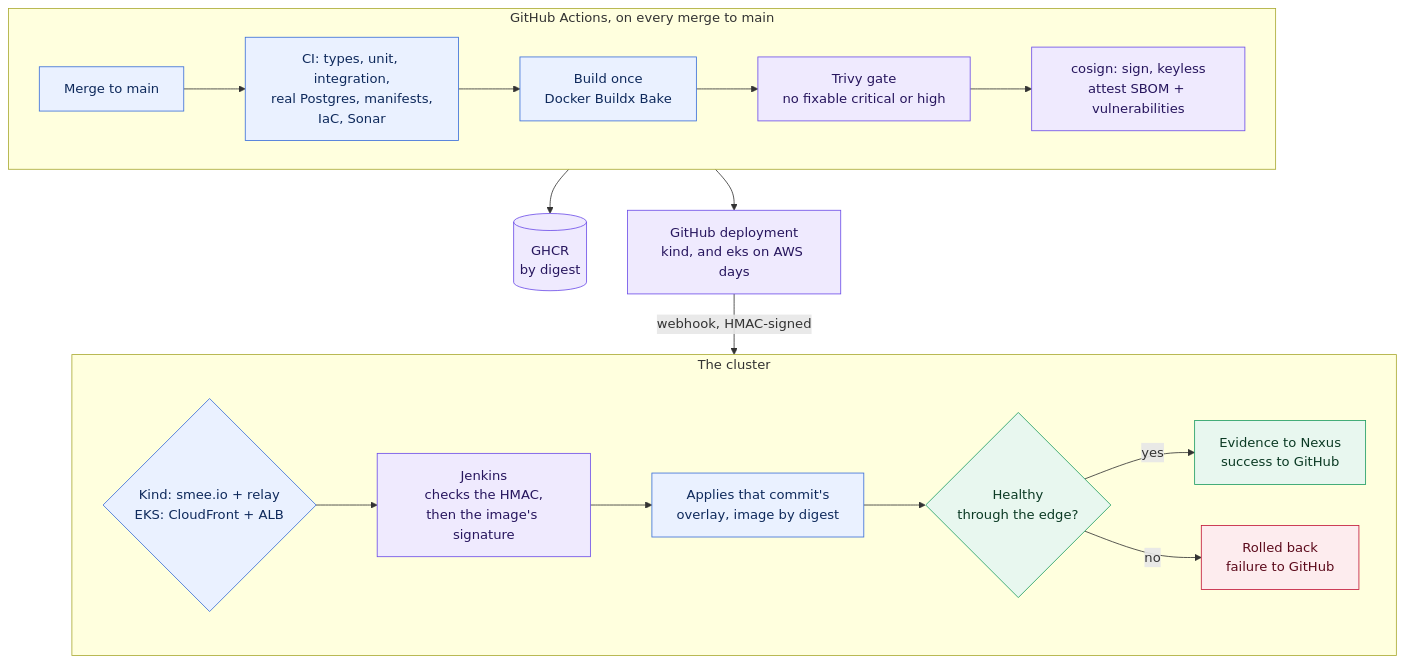
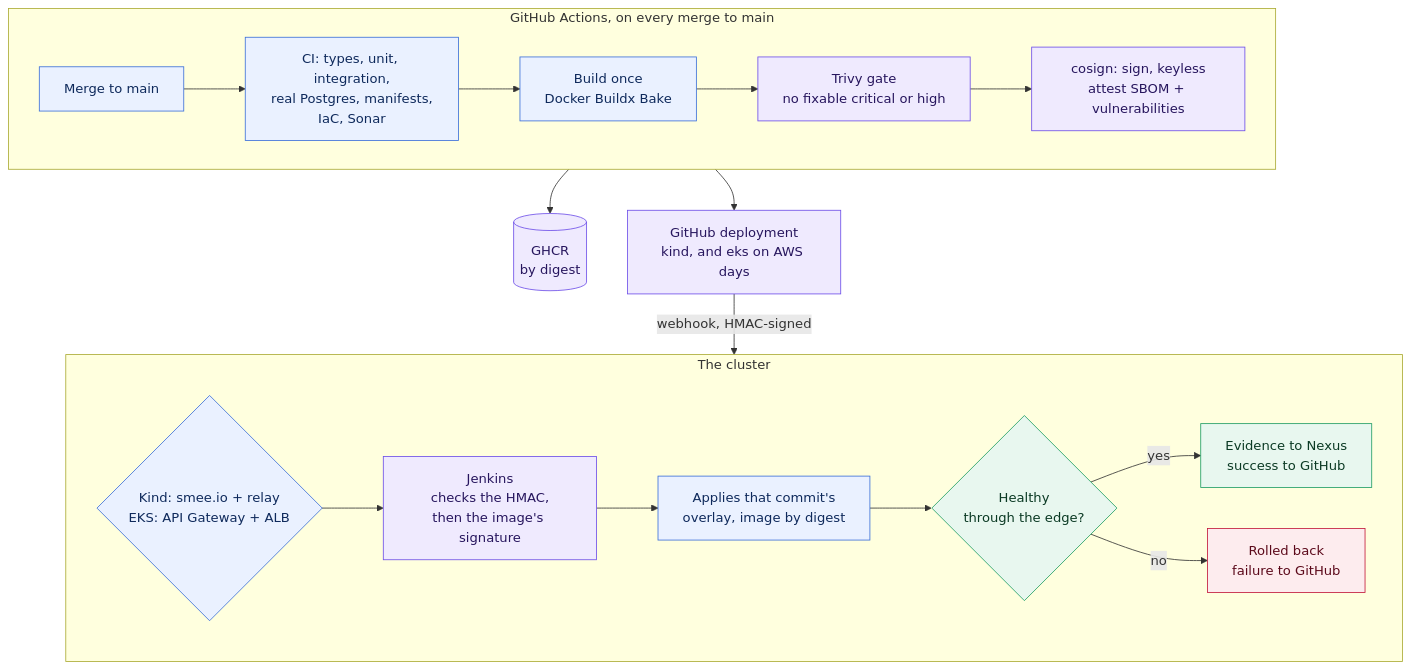
One commit to Sayandip-Jana-1018/SplitX changed the second of 7 diagrams in README.md. Above: the diagram before and after it, drawn with Mermaid. The commit also changed other lines of this file and 59 other files, not shown here.

````diff
--- a/README.md
+++ b/README.md
@@ -127,30 +127,30 @@
 ```mermaid
 flowchart TB
     subgraph actions["GitHub Actions, on every merge to main"]
         direction LR
         push["Merge to main"] --> ci["CI: types, unit, integration,<br/>real Postgres, manifests,<br/>IaC, Sonar"]
         ci --> build["Build once<br/>Docker Buildx Bake"]
         build --> scan["Trivy gate<br/>no fixable critical or high"]
         scan --> sign["cosign: sign, keyless<br/>attest SBOM + vulnerabilities"]
     end
     sign --> ghcr[("GHCR<br/>by digest")]
     sign --> dep["GitHub deployment<br/>kind, and eks on AWS days"]
     subgraph cluster["The cluster"]
         direction LR
-        way{"Kind: smee.io + relay<br/>EKS: CloudFront + ALB"} --> jen["Jenkins<br/>checks the HMAC,<br/>then the image's signature"]
+        way{"Kind: smee.io + relay<br/>EKS: API Gateway + ALB"} --> jen["Jenkins<br/>checks the HMAC,<br/>then the image's signature"]
         jen --> apply["Applies that commit's<br/>overlay, image by digest"]
         apply --> ok{"Healthy<br/>through the edge?"}
         ok -->|yes| done["Evidence to Nexus<br/>success to GitHub"]
         ok -->|no| back["Rolled back<br/>failure to GitHub"]
     end
     dep -->|"webhook, HMAC-signed"| way
 
     classDef step fill:#eaf1ff,stroke:#3b6fd8,color:#0f2a5c
     classDef trust fill:#efeafe,stroke:#6d4ee8,color:#27165e
     classDef good fill:#e8f7ef,stroke:#1f9d63,color:#0b3a24
     classDef bad fill:#fdecee,stroke:#c2183a,color:#5c0a1b
     class push,ci,build,apply,way step
     class scan,sign,ghcr,dep,jen trust
     class done,ok good
     class back bad
 ```
````
